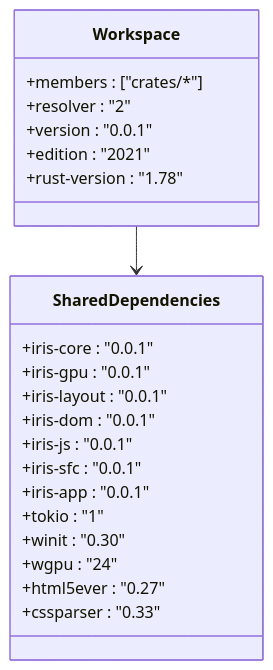
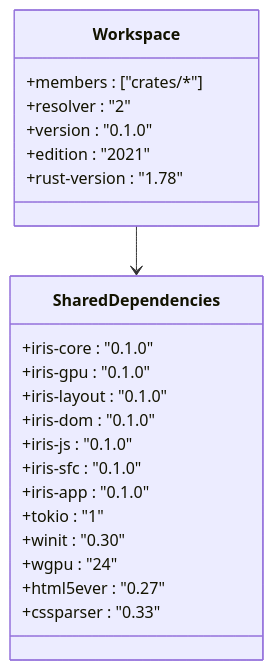
The second of 10 diagrams in .qoder/repowiki/zh/content/部署与配置/Cargo性能优化完整指南/Cargo性能优化完整指南.md (itszzl-sudo/iris), drawn with Mermaid before and after one commit. The commit also changed other lines of this file and 17 other files, not shown here.

````diff
--- a/.qoder/repowiki/zh/content/部署与配置/Cargo性能优化完整指南/Cargo性能优化完整指南.md
+++ b/.qoder/repowiki/zh/content/部署与配置/Cargo性能优化完整指南/Cargo性能优化完整指南.md
@@ -87,25 +94,25 @@
 ```mermaid
 classDiagram
 class Workspace {
 +members : ["crates/*"]
 +resolver : "2"
-+version : "0.0.1"
++version : "0.1.0"
 +edition : "2021"
 +rust-version : "1.78"
 }
 class SharedDependencies {
-+iris-core : "0.0.1"
-+iris-gpu : "0.0.1"
-+iris-layout : "0.0.1"
-+iris-dom : "0.0.1"
-+iris-js : "0.0.1"
-+iris-sfc : "0.0.1"
-+iris-app : "0.0.1"
++iris-core : "0.1.0"
++iris-gpu : "0.1.0"
++iris-layout : "0.1.0"
++iris-dom : "0.1.0"
++iris-js : "0.1.0"
++iris-sfc : "0.1.0"
++iris-app : "0.1.0"
 +tokio : "1"
 +winit : "0.30"
 +wgpu : "24"
 +html5ever : "0.27"
 +cssparser : "0.33"
 }
 Workspace --> SharedDependencies
 ```
````
